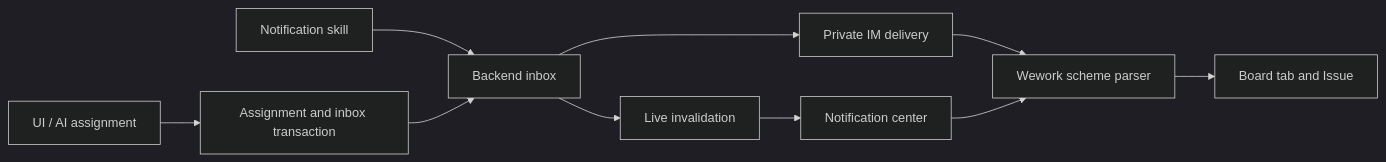
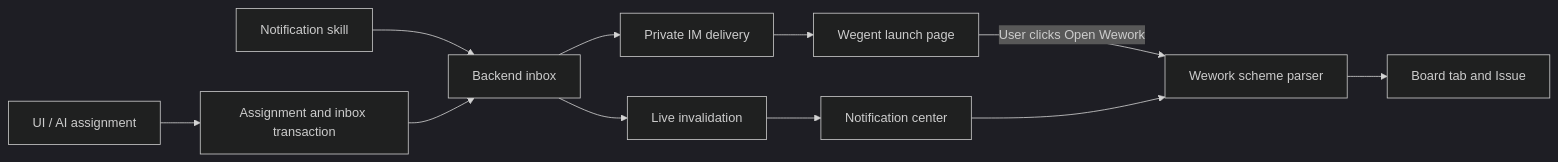
The diagram in docs/en/wegent/user-guide/wework-notifications.md (wecode-ai/Wegent), drawn with Mermaid (dark theme) before and after one commit. The commit also changed other lines of this file and 18 other files, not shown here.

Commit message:
fix(notifications): open Wework through Wegent launch links

````diff
--- a/docs/en/wegent/user-guide/wework-notifications.md
+++ b/docs/en/wegent/user-guide/wework-notifications.md
@@ -34,12 +40,13 @@
 ```mermaid
 flowchart LR
   Caller[UI / AI assignment] --> Transaction[Assignment and inbox transaction]
   Skill[Notification skill] --> Inbox[Backend inbox]
   Transaction --> Inbox
   Inbox --> Live[Live invalidation]
   Inbox --> IM[Private IM delivery]
   Live --> Bell[Notification center]
-  IM --> Scheme[Wework scheme parser]
+  IM --> Web[Wegent launch page]
+  Web -->|User clicks Open Wework| Scheme[Wework scheme parser]
   Bell --> Scheme
   Scheme --> Issue[Board tab and Issue]
 ```
````
